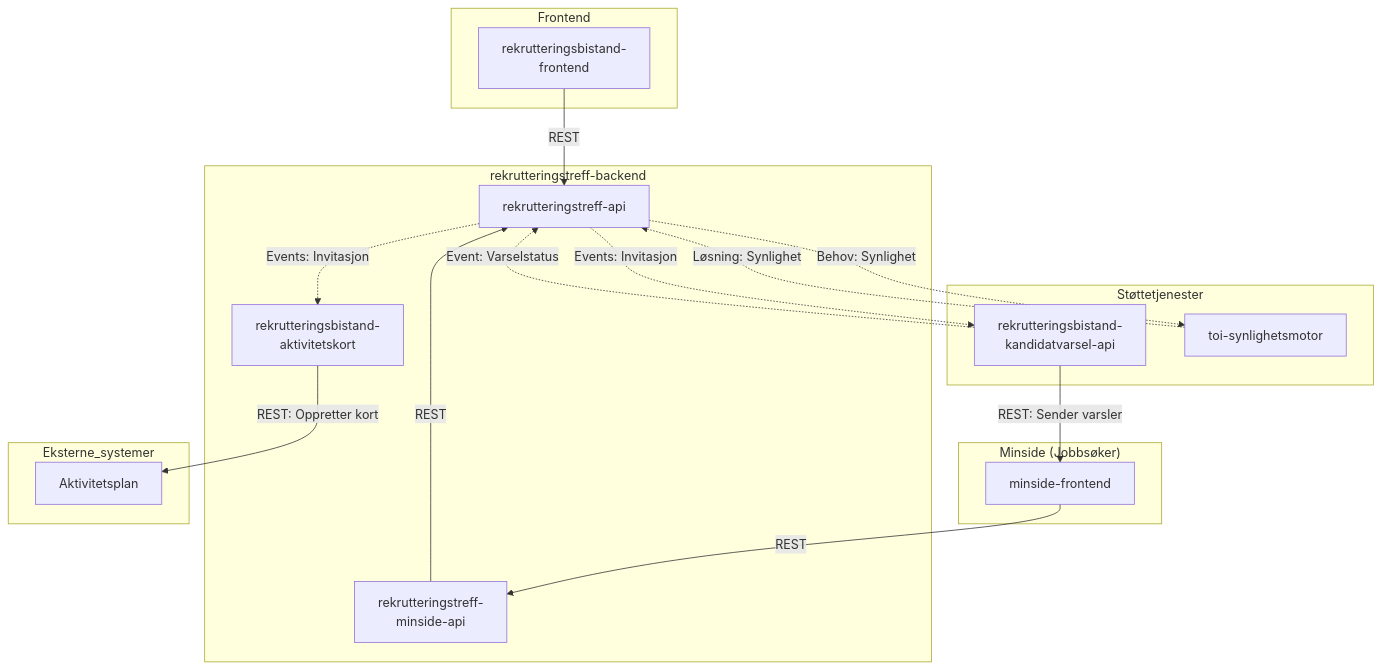
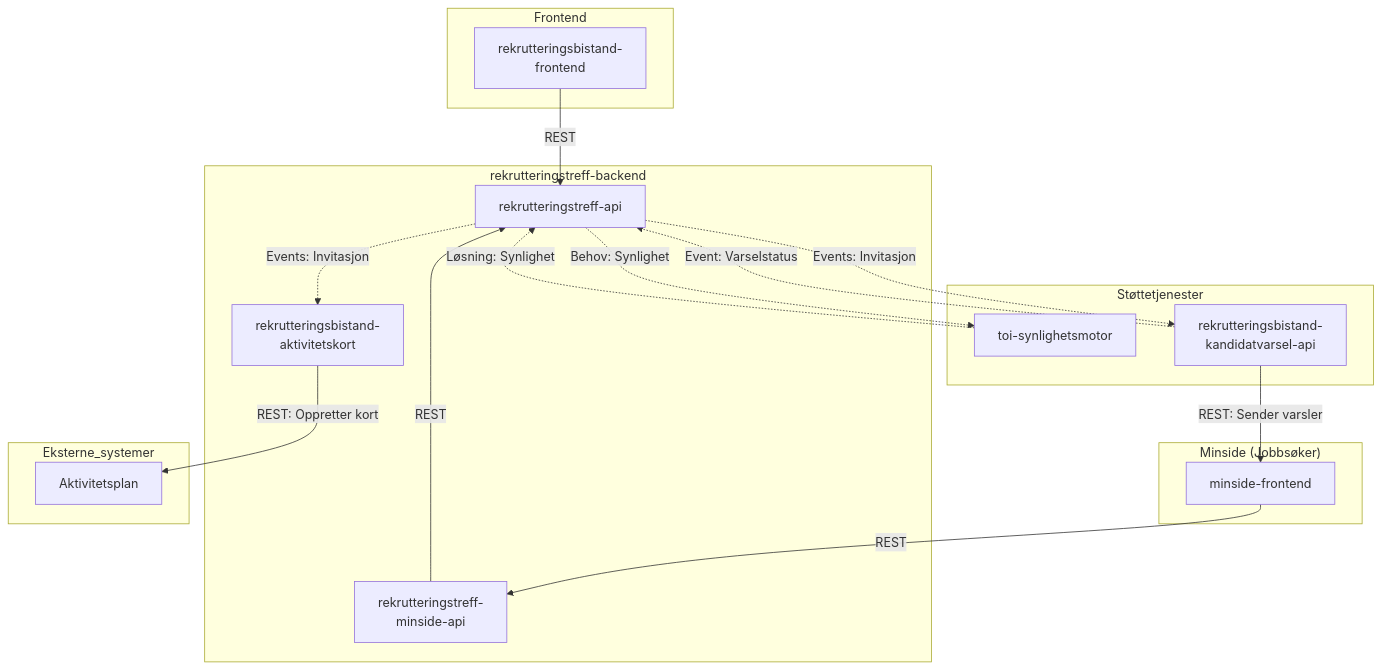
One commit to navikt/rekrutteringstreff-backend changed the diagram in docs/1-oversikt/oversikt.md. Above: the diagram before and after it, drawn with Mermaid. The commit also changed other lines of this file, not shown here.

````diff
--- a/docs/1-oversikt/oversikt.md
+++ b/docs/1-oversikt/oversikt.md
@@ -17,41 +17,41 @@
 ```mermaid
 graph TD
     subgraph Frontend
         RBF[rekrutteringsbistand-<br/>frontend]
     end
 
     subgraph "Minside (Jobbsøker)"
         MINSIDE_FE[minside-frontend]
     end
 
     subgraph "rekrutteringstreff-backend"
         API[rekrutteringstreff-api]
         MINSIDE_API[rekrutteringstreff-<br/>minside-api]
         AK[rekrutteringsbistand-<br/>aktivitetskort]
     end
 
     subgraph Støttetjenester
+        SYN[toi-synlighetsmotor]
         VARSEL[rekrutteringsbistand-<br/>kandidatvarsel-api]
-        SYN[toi-synlighetsmotor]
     end
 
     subgraph Eksterne_systemer
         AKTIVITET[Aktivitetsplan]
     end
 
     %% Kommunikasjon (REST)
     RBF -->|REST| API
     MINSIDE_FE -->|REST| MINSIDE_API
     MINSIDE_API -->|REST| API
     VARSEL -->|REST: Sender varsler| MINSIDE_FE
     AK -->|REST: Oppretter kort| AKTIVITET
 
     %% Kafka-flyt (Rapids & Rivers)
     %% Stiplet linje indikerer asynkron kommunikasjon via Kafka
     API -.->|Events: Invitasjon| AK
     API -.->|Events: Invitasjon| VARSEL
     API -.->|Behov: Synlighet| SYN
 
     SYN -.->|Løsning: Synlighet| API
     VARSEL -.->|Event: Varselstatus| API
 ```
````
